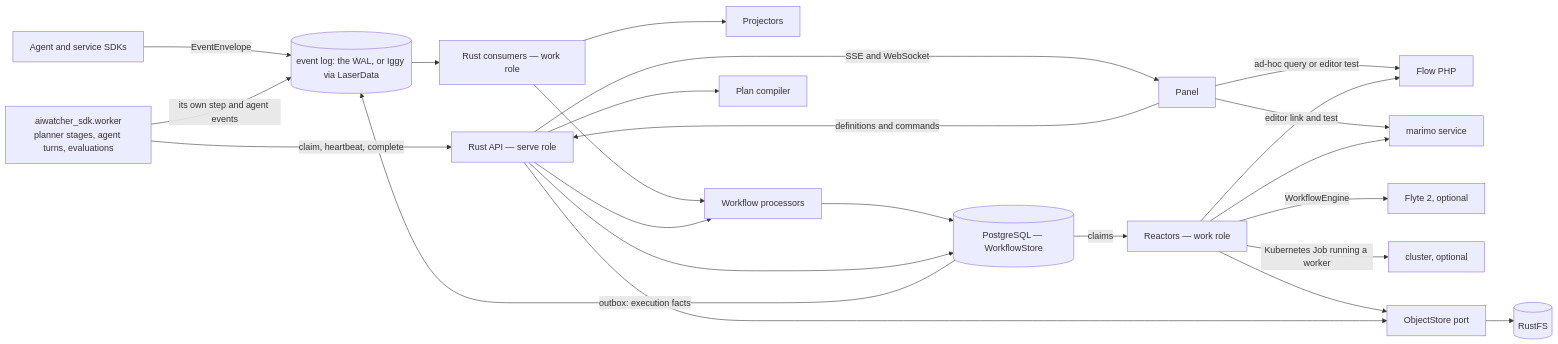
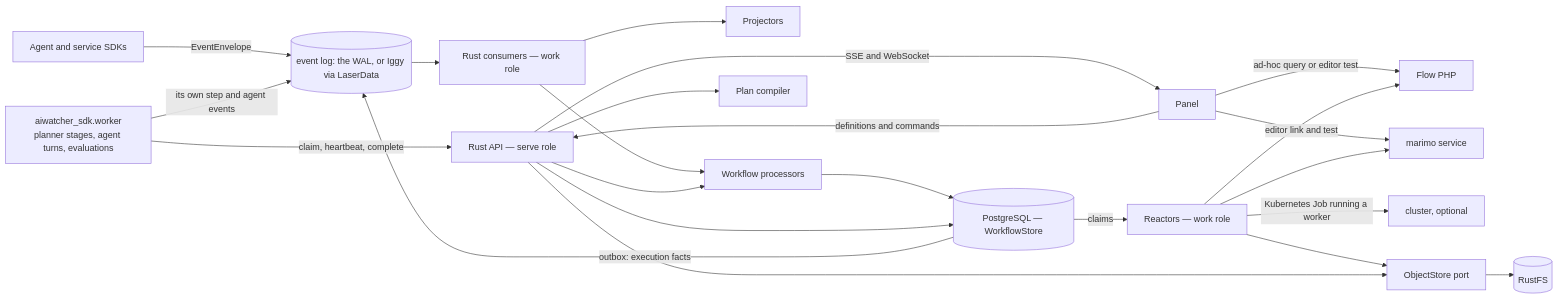
One commit to aispiritlabs/aispiritlabs-aiwatcher changed the first of 2 diagrams in docs/PIPELINE_ARCHITECTURE.md. Above: the diagram before and after it, drawn with Mermaid. The commit also changed other lines of this file and 14 other files, not shown here.

````diff
--- a/docs/PIPELINE_ARCHITECTURE.md
+++ b/docs/PIPELINE_ARCHITECTURE.md
@@ -281,31 +275,30 @@
 ```mermaid
 flowchart LR
     SDK[Agent and service SDKs] -->|EventEnvelope| LOG[("event log: the WAL, or Iggy via LaserData")]
     WORKER["aiwatcher_sdk.worker<br/>planner stages, agent turns, evaluations"] -->|claim, heartbeat, complete| API
     WORKER -->|its own step and agent events| LOG
 
     PANEL[Panel] -->|definitions and commands| API["Rust API — serve role"]
     PANEL -->|ad-hoc query or editor test| FLOW[Flow PHP]
     PANEL -->|editor link and test| MARIMO[marimo service]
 
     LOG --> CONSUMERS["Rust consumers — work role"]
     CONSUMERS --> PROJECTORS[Projectors]
     CONSUMERS --> WORKFLOWS[Workflow processors]
 
     API --> COMPILER[Plan compiler]
     API --> WORKFLOWS
     WORKFLOWS --> PG[("PostgreSQL — WorkflowStore")]
     PG -->|"outbox: execution facts"| LOG
     PG -->|claims| REACTORS["Reactors — work role"]
 
     REACTORS --> FLOW
     REACTORS --> MARIMO
-    REACTORS -->|WorkflowEngine| FLYTE["Flyte 2, optional"]
     REACTORS -->|Kubernetes Job running a worker| KUBE["cluster, optional"]
     REACTORS --> STORE[ObjectStore port]
     STORE --> RUSTFS[(RustFS)]
 
     API --> PG
     API --> STORE
     API -->|SSE and WebSocket| PANEL
 ```
````
